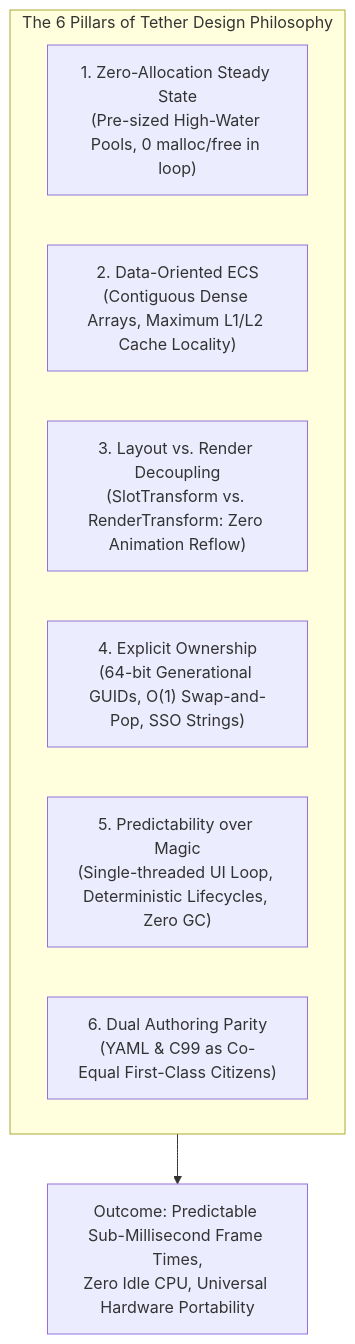
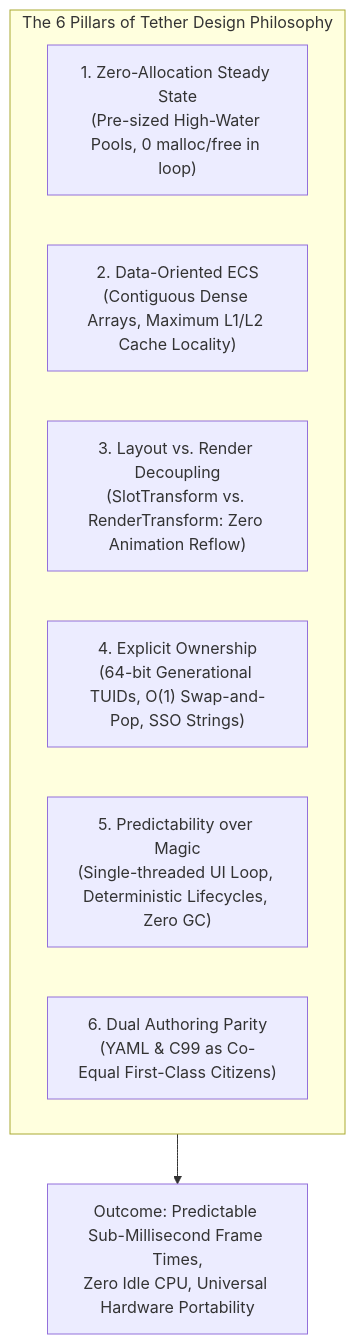
The first of 4 diagrams in docs/presentation/03_design_philosophy.md (Yuvi-GD/Tether), drawn with Mermaid before and after one commit. The commit also changed other lines of this file and 84 other files, not shown here.

````diff
--- a/docs/presentation/03_design_philosophy.md
+++ b/docs/presentation/03_design_philosophy.md
@@ -19,13 +19,13 @@
 ```mermaid
 flowchart TD
     subgraph Principles["The 6 Pillars of Tether Design Philosophy"]
         P1["1. Zero-Allocation Steady State\n(Pre-sized High-Water Pools, 0 malloc/free in loop)"]
         P2["2. Data-Oriented ECS\n(Contiguous Dense Arrays, Maximum L1/L2 Cache Locality)"]
         P3["3. Layout vs. Render Decoupling\n(SlotTransform vs. RenderTransform: Zero Animation Reflow)"]
-        P4["4. Explicit Ownership\n(64-bit Generational GUIDs, O(1) Swap-and-Pop, SSO Strings)"]
+        P4["4. Explicit Ownership\n(64-bit Generational TUIDs, O(1) Swap-and-Pop, SSO Strings)"]
         P5["5. Predictability over Magic\n(Single-threaded UI Loop, Deterministic Lifecycles, Zero GC)"]
         P6["6. Dual Authoring Parity\n(YAML & C99 as Co-Equal First-Class Citizens)"]
     end
 
     Principles --> Outcome["Outcome: Predictable Sub-Millisecond Frame Times,\nZero Idle CPU, Universal Hardware Portability"]
 ```
````
